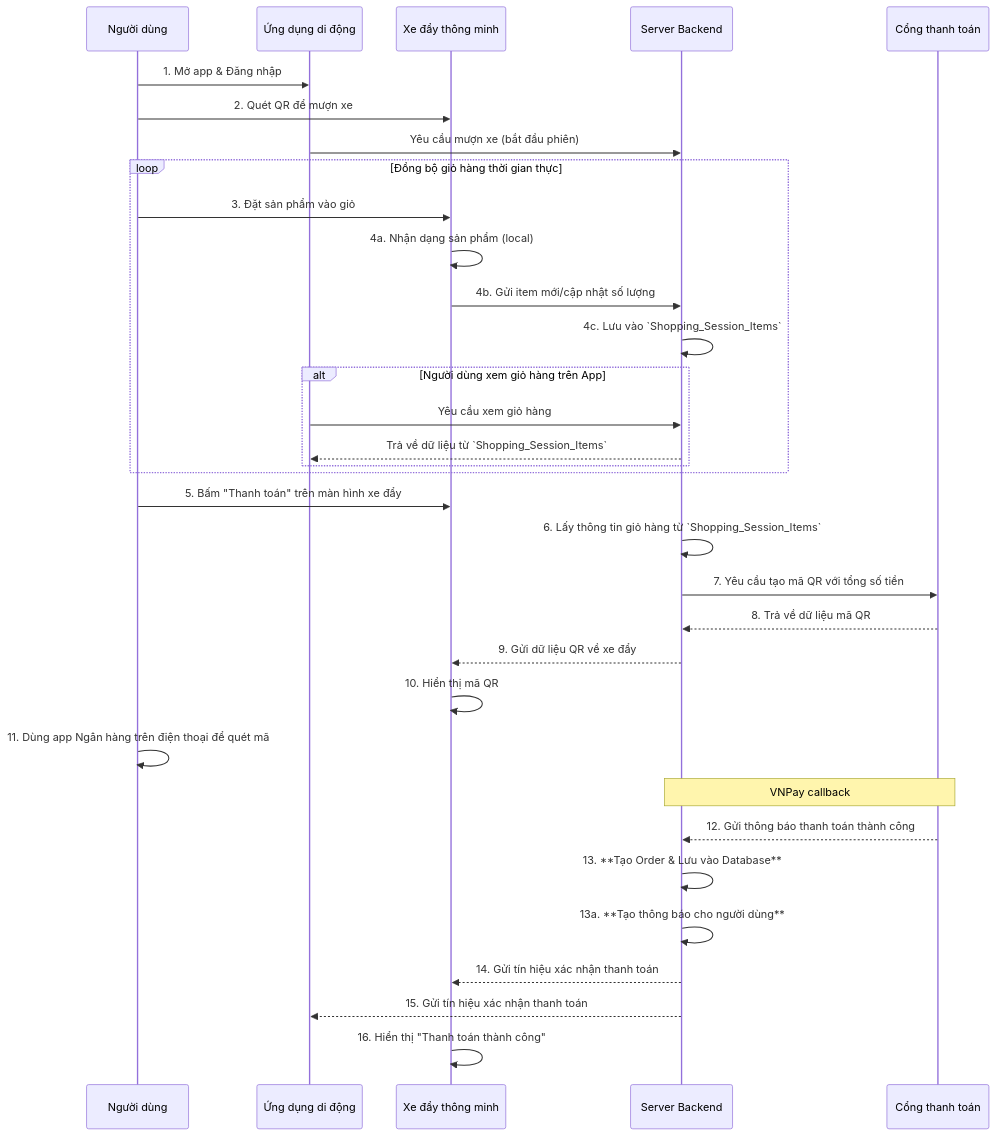
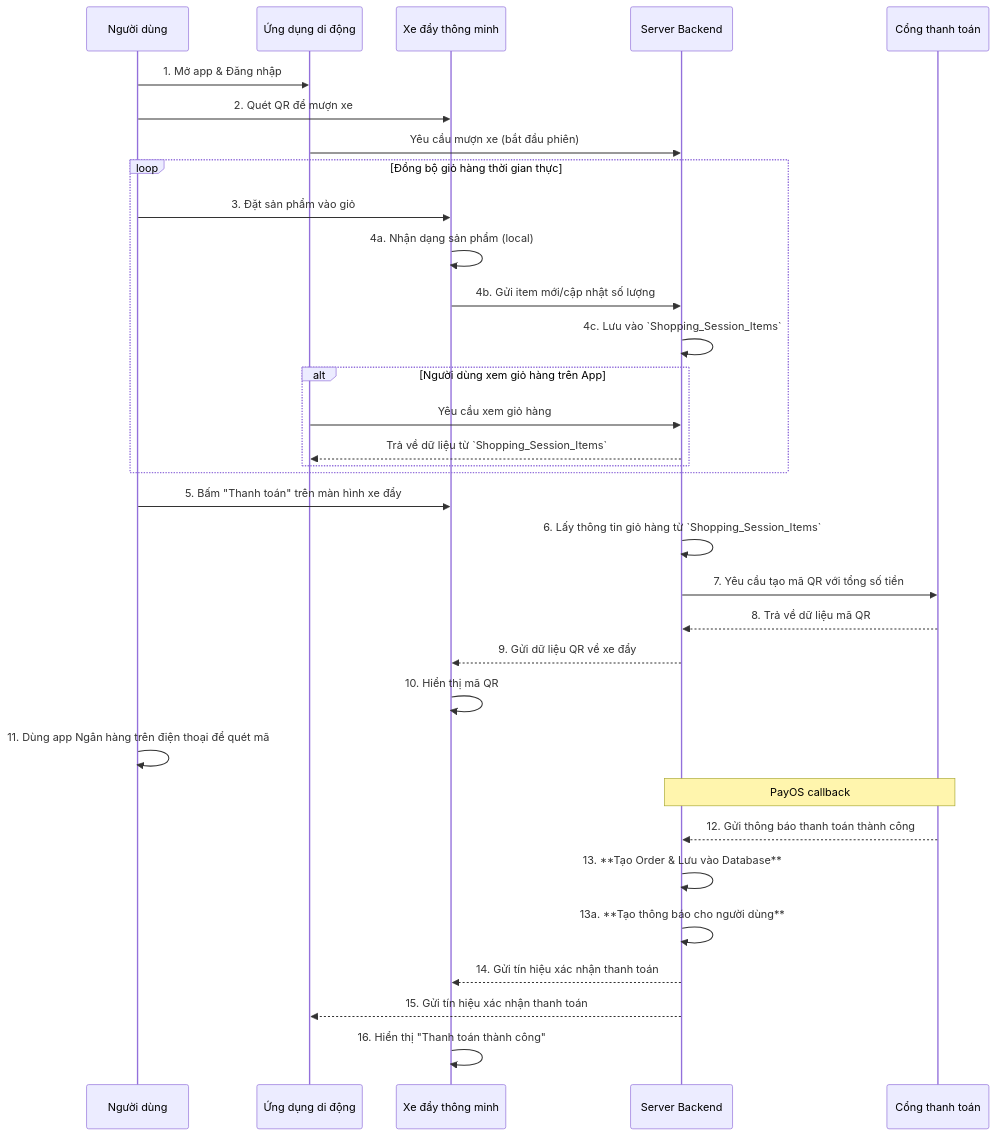
The second of 2 diagrams in docs/system-architecture.md (tianshi04/smart-cart-backend), drawn with Mermaid before and after one commit. The commit also changed 2 other files, not shown here.

Commit message:
Update API specification and data schema

````diff
--- a/docs/system-architecture.md
+++ b/docs/system-architecture.md
@@ -56,42 +56,42 @@
 ```mermaid
 sequenceDiagram
     participant User as Người dùng
     participant MobileApp as Ứng dụng di động
     participant SmartCart as Xe đẩy thông minh
     participant Server as Server Backend
     participant PaymentGateway as Cổng thanh toán
 
     User->>MobileApp: 1. Mở app & Đăng nhập
     User->>SmartCart: 2. Quét QR để mượn xe
     MobileApp->>Server: Yêu cầu mượn xe (bắt đầu phiên)
 
     loop Đồng bộ giỏ hàng thời gian thực
         User->>SmartCart: 3. Đặt sản phẩm vào giỏ
         SmartCart->>SmartCart: 4a. Nhận dạng sản phẩm (local)
         SmartCart->>Server: 4b. Gửi item mới/cập nhật số lượng
         Server->>Server: 4c. Lưu vào `Shopping_Session_Items`
         
         alt Người dùng xem giỏ hàng trên App
             MobileApp->>Server: Yêu cầu xem giỏ hàng
             Server-->>MobileApp: Trả về dữ liệu từ `Shopping_Session_Items`
         end
     end
 
     User->>SmartCart: 5. Bấm "Thanh toán" trên màn hình xe đẩy
     Server->>Server: 6. Lấy thông tin giỏ hàng từ `Shopping_Session_Items`
     Server->>PaymentGateway: 7. Yêu cầu tạo mã QR với tổng số tiền
     PaymentGateway-->>Server: 8. Trả về dữ liệu mã QR
     Server-->>SmartCart: 9. Gửi dữ liệu QR về xe đẩy
 
     SmartCart->>SmartCart: 10. Hiển thị mã QR
     User->>User: 11. Dùng app Ngân hàng trên điện thoại để quét mã
     
-    Note over Server, PaymentGateway: VNPay callback
+    Note over Server, PaymentGateway: PayOS callback
     PaymentGateway-->>Server: 12. Gửi thông báo thanh toán thành công
     Server->>Server: 13. **Tạo Order & Lưu vào Database**
     Server->>Server: 13a. **Tạo thông báo cho người dùng**
     Server-->>SmartCart: 14. Gửi tín hiệu xác nhận thanh toán
     Server-->>MobileApp: 15. Gửi tín hiệu xác nhận thanh toán
     
     SmartCart->>SmartCart: 16. Hiển thị "Thanh toán thành công"
 ```
````
